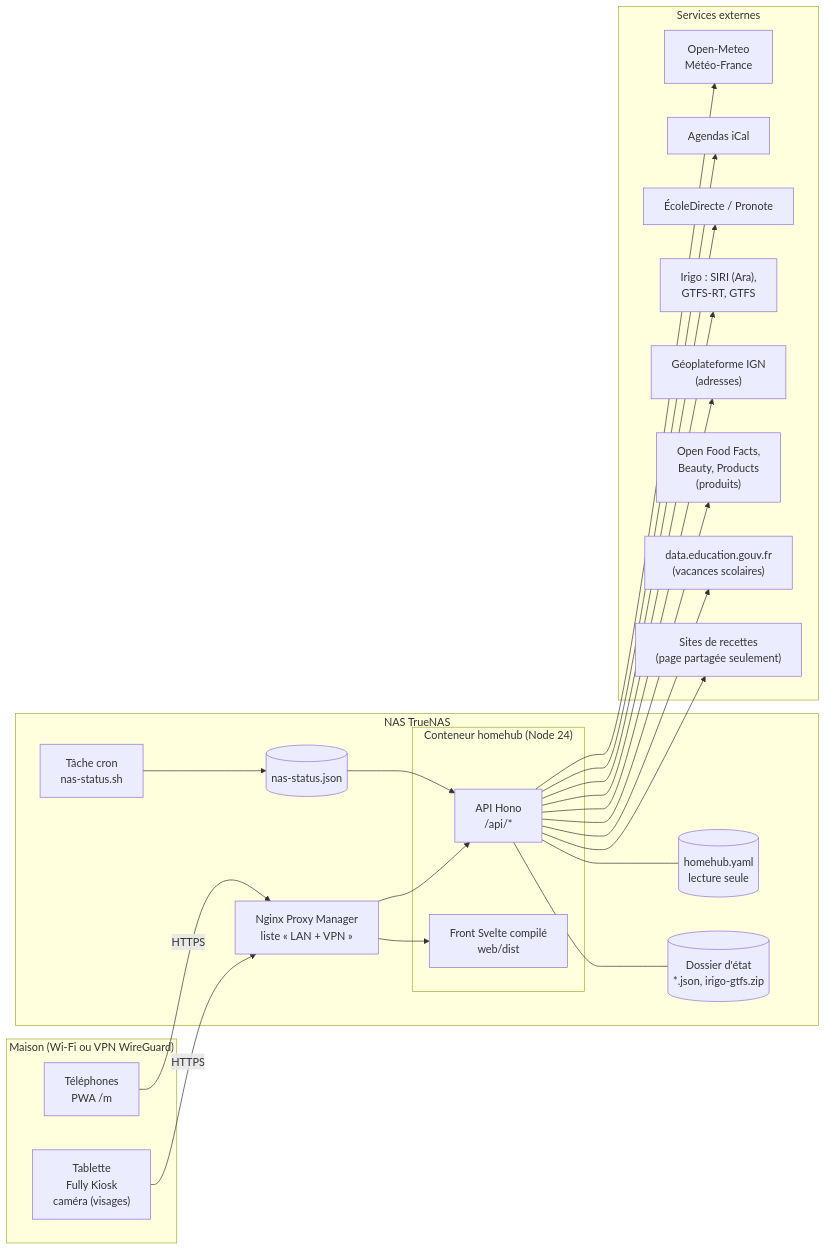
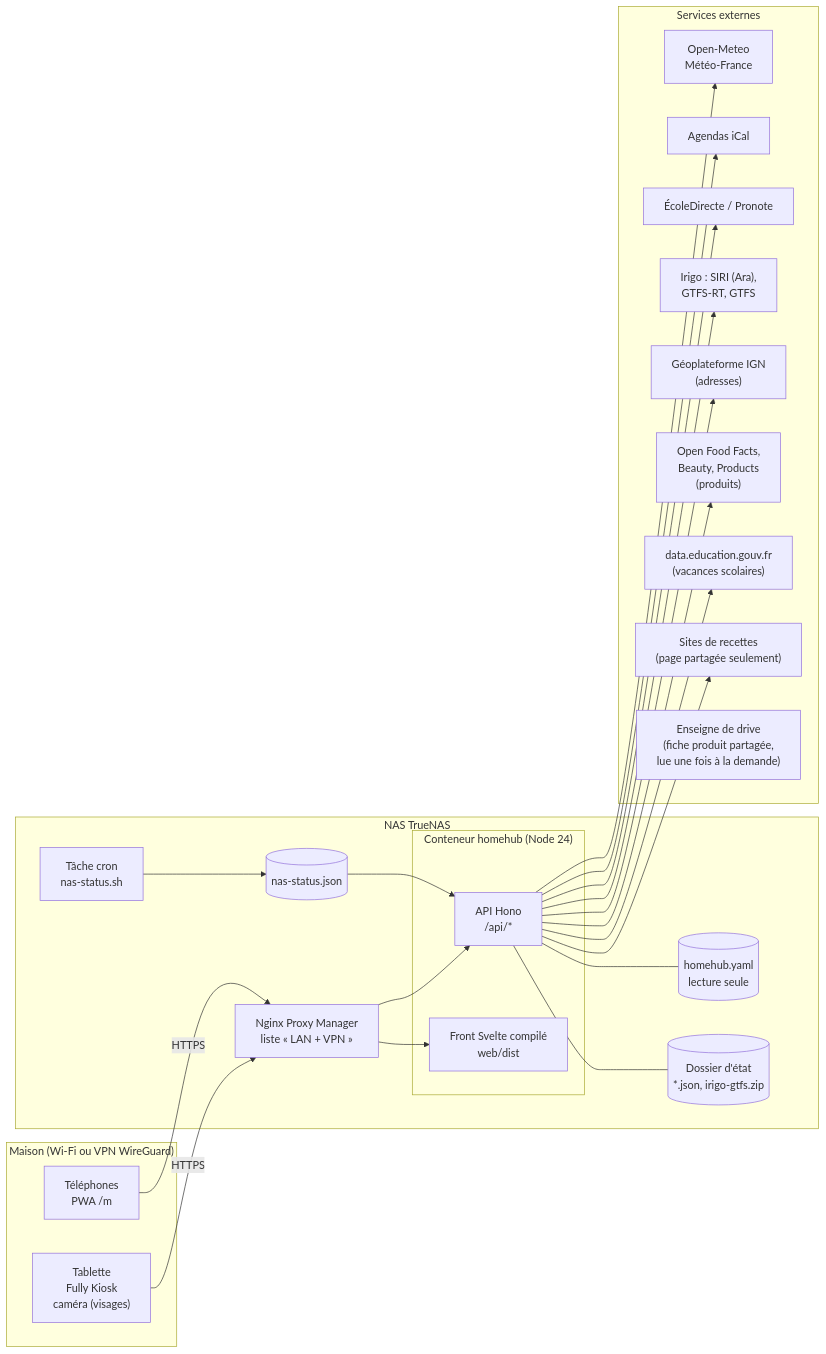
The first of 12 diagrams in docs/architecture.md (DeafLight/homehub), drawn with Mermaid before and after one commit. The commit also changed other lines of this file and 40 other files, not shown here.

````diff
--- a/docs/architecture.md
+++ b/docs/architecture.md
@@ -11,36 +11,37 @@
 ```mermaid
 flowchart LR
   subgraph maison["Maison (Wi-Fi ou VPN WireGuard)"]
     tablette["Tablette<br/>Fully Kiosk<br/>caméra (visages)"]
     tel["Téléphones<br/>PWA /m"]
   end
   subgraph nas["NAS TrueNAS"]
     npm["Nginx Proxy Manager<br/>liste « LAN + VPN »"]
     subgraph conteneur["Conteneur homehub (Node 24)"]
       api["API Hono<br/>/api/*"]
       front["Front Svelte compilé<br/>web/dist"]
     end
     yaml[("homehub.yaml<br/>lecture seule")]
     etat[("Dossier d'état<br/>*.json, irigo-gtfs.zip")]
     releve[("nas-status.json")]
     cron["Tâche cron<br/>nas-status.sh"]
   end
   subgraph ext["Services externes"]
     meteo["Open-Meteo<br/>Météo-France"]
     ical["Agendas iCal"]
     ecole["ÉcoleDirecte / Pronote"]
     irigo["Irigo : SIRI (Ara),<br/>GTFS-RT, GTFS"]
     ign["Géoplateforme IGN<br/>(adresses)"]
     off["Open Food Facts,<br/>Beauty, Products<br/>(produits)"]
     edu["data.education.gouv.fr<br/>(vacances scolaires)"]
     cuisine["Sites de recettes<br/>(page partagée seulement)"]
+    enseigne["Enseigne de drive<br/>(fiche produit partagée,<br/>lue une fois à la demande)"]
   end
   tablette -- HTTPS --> npm
   tel -- HTTPS --> npm
   npm --> api
   npm --> front
   api --- yaml
   api --- etat
   cron --> releve --> api
   api --> meteo & ical & ecole & irigo & ign & off & edu & cuisine
 ```
````
